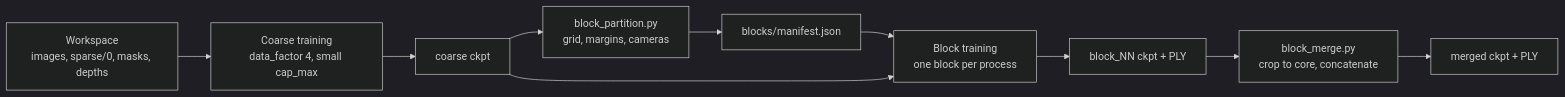
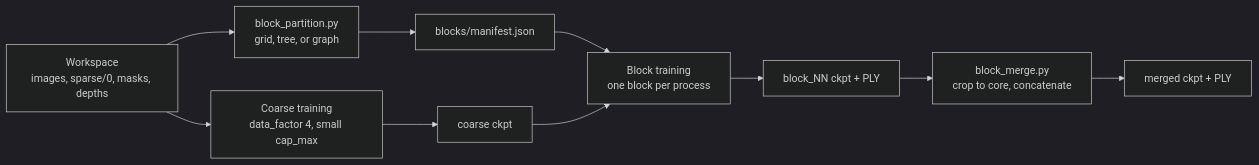
The diagram in doc/block_training.md (MapMindAI/EasyGaussianSplatting), drawn with Mermaid (dark theme) before and after one commit. The commit also changed other lines of this file and 3 other files, not shown here.

Commit message:
Partition sparse models into training blocks by grid, tree, or covisibility graph

````diff
--- a/doc/block_training.md
+++ b/doc/block_training.md
@@ -24,12 +24,12 @@
 ```mermaid
 flowchart LR
     WS["Workspace<br/>images, sparse/0, masks, depths"] --> COARSE["Coarse training<br/>data_factor 4, small cap_max"]
     COARSE --> CKPT["coarse ckpt"]
-    CKPT --> PART["block_partition.py<br/>grid, margins, cameras"]
+    WS --> PART["block_partition.py<br/>grid, tree, or graph"]
     PART --> MANIFEST["blocks/manifest.json"]
     MANIFEST --> TRAIN["Block training<br/>one block per process"]
     CKPT --> TRAIN
     TRAIN --> BLOCKS["block_NN ckpt + PLY"]
     BLOCKS --> MERGE["block_merge.py<br/>crop to core, concatenate"]
     MERGE --> OUT["merged ckpt + PLY"]
 ```
````
